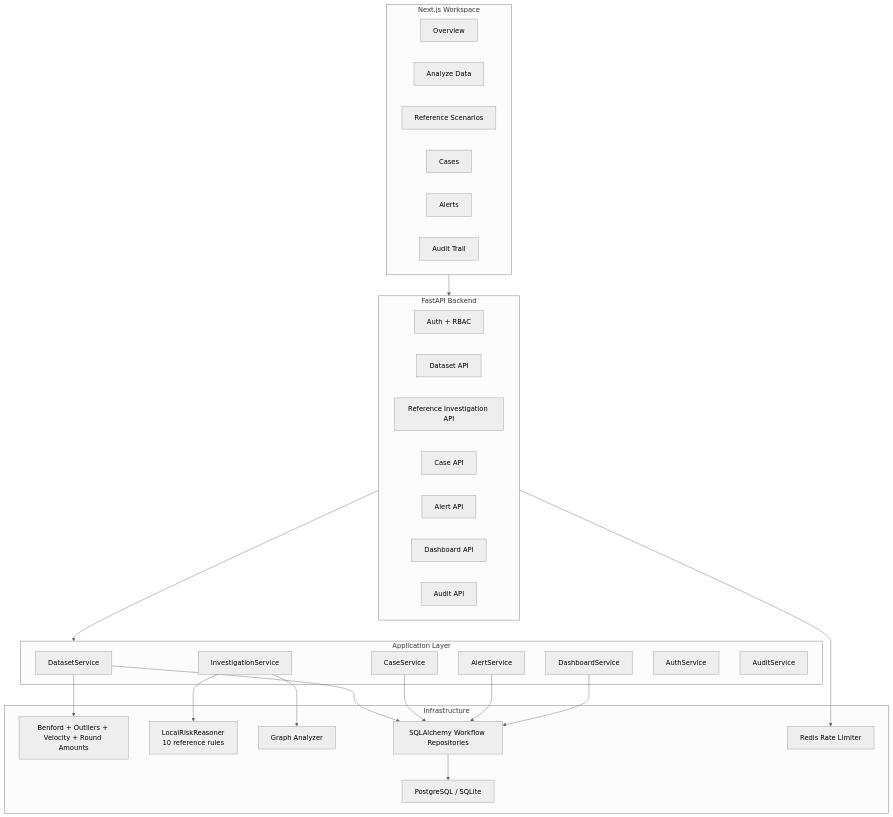
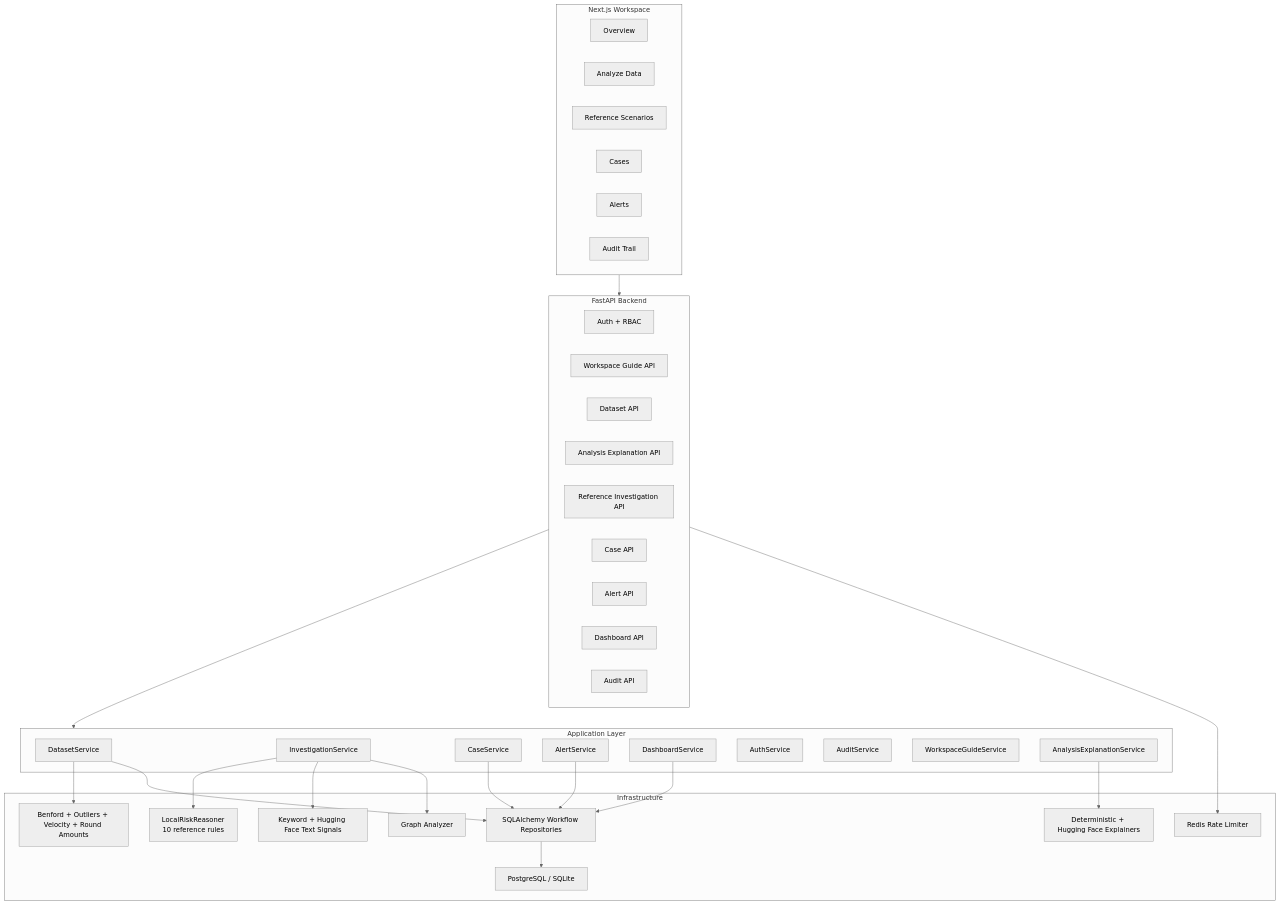
Before and after one commit to rezamirzaei/relational-AI: the first of 3 diagrams in docs/architecture.md, drawn with Mermaid (neutral theme). The commit also changed other lines of this file and 7 other files, not shown here.

````diff
--- a/docs/architecture.md
+++ b/docs/architecture.md
@@ -10,52 +10,60 @@
 ```mermaid
 graph TB
     subgraph Frontend["Next.js Workspace"]
         Dashboard["Overview"]
         Analyze["Analyze Data"]
         Investigate["Reference Scenarios"]
         Cases["Cases"]
         Alerts["Alerts"]
         AuditUI["Audit Trail"]
     end
 
     subgraph API["FastAPI Backend"]
         Auth["Auth + RBAC"]
+        WorkspaceAPI["Workspace Guide API"]
         DatasetAPI["Dataset API"]
+        ExplainAPI["Analysis Explanation API"]
         InvAPI["Reference Investigation API"]
         CaseAPI["Case API"]
         AlertAPI["Alert API"]
         DashAPI["Dashboard API"]
         AuditAPI["Audit API"]
     end
 
     subgraph Application["Application Layer"]
         DatasetService["DatasetService"]
         InvService["InvestigationService"]
         CaseService["CaseService"]
         AlertService["AlertService"]
         DashService["DashboardService"]
         AuthService["AuthService"]
         AuditService["AuditService"]
+        GuideService["WorkspaceGuideService"]
+        ExplainService["AnalysisExplanationService"]
     end
 
     subgraph Infrastructure["Infrastructure"]
         Stats["Benford + Outliers + Velocity + Round Amounts"]
         RuleEngine["LocalRiskReasoner\n10 reference rules"]
         GraphEngine["Graph Analyzer"]
+        Explainers["Deterministic + Hugging Face Explainers"]
+        TextSignals["Keyword + Hugging Face Text Signals"]
         SQL["SQLAlchemy Workflow Repositories"]
         Postgres["PostgreSQL / SQLite"]
         Redis["Redis Rate Limiter"]
     end
 
     Frontend --> API
     API --> Application
     DatasetService --> Stats
     DatasetService --> SQL
+    ExplainService --> Explainers
     InvService --> RuleEngine
+    InvService --> TextSignals
     InvService --> GraphEngine
     CaseService --> SQL
     AlertService --> SQL
     DashService --> SQL
     SQL --> Postgres
     API --> Redis
 ```
````
